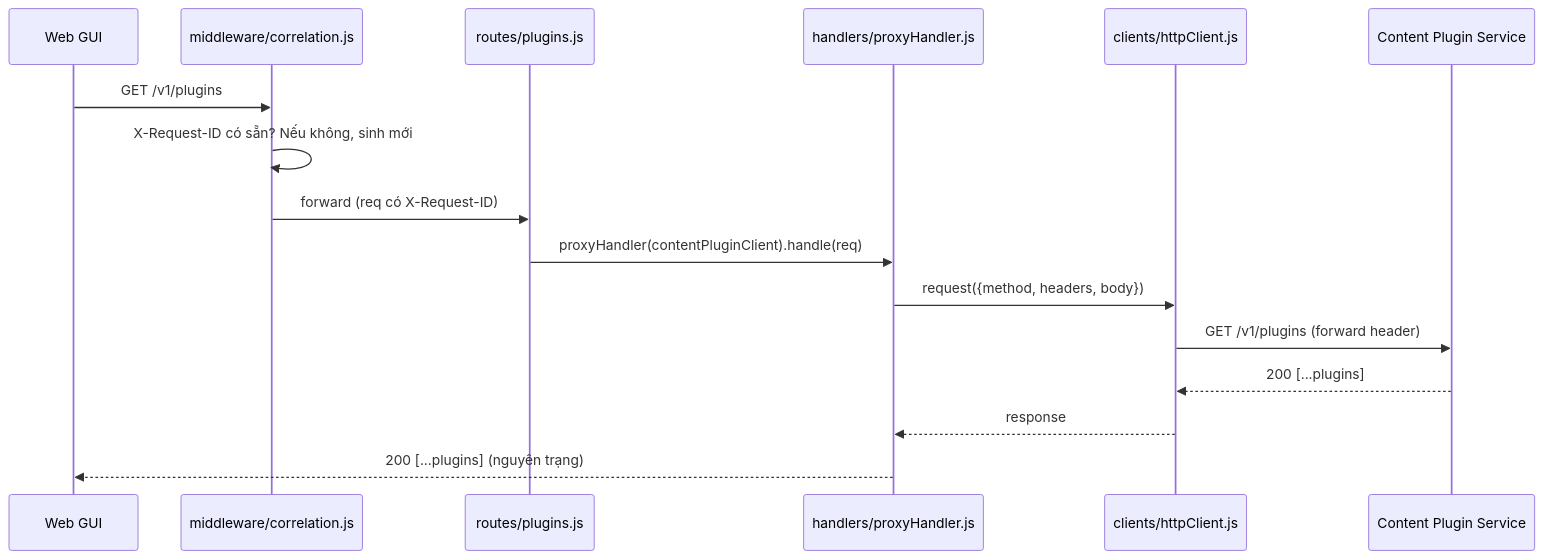
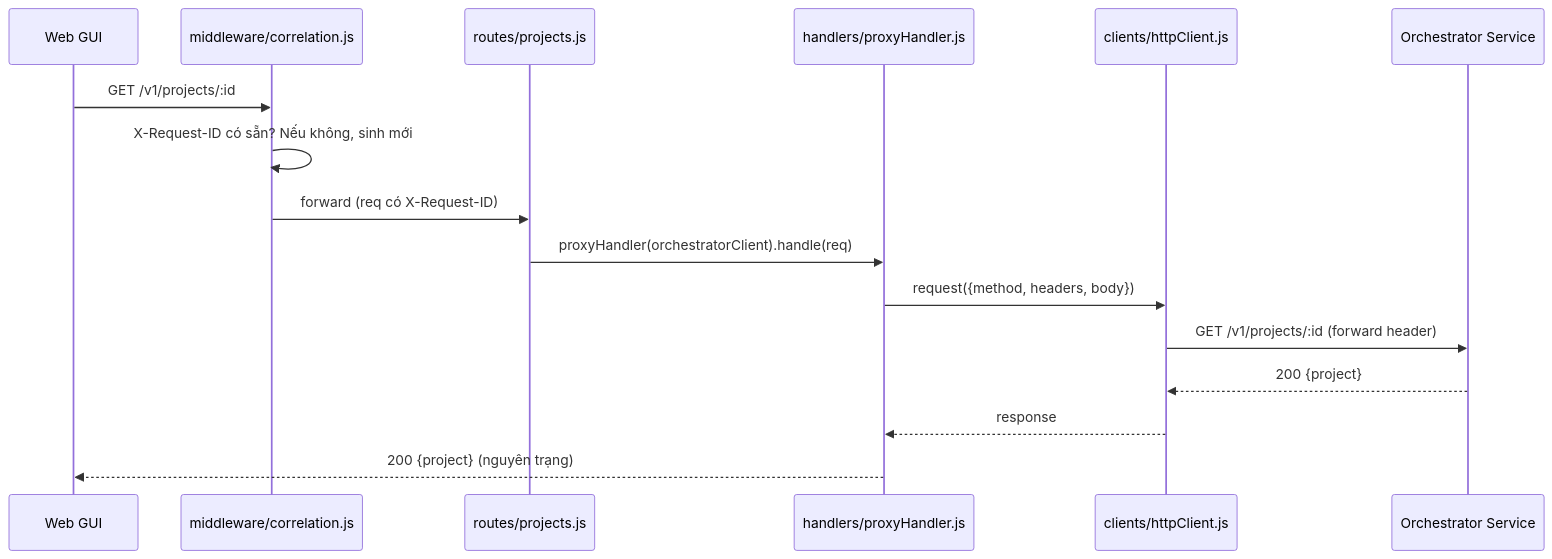
Before and after one commit to ngoc31031997/ConceptFlow: the first of 4 diagrams in aidlc-docs/construction/api-gateway/low-level-design/sequence-flows.md, drawn with Mermaid. The commit also changed other lines of this file and 90 other files, not shown here.

````diff
--- a/aidlc-docs/construction/api-gateway/low-level-design/sequence-flows.md
+++ b/aidlc-docs/construction/api-gateway/low-level-design/sequence-flows.md
@@ -5,19 +7,19 @@
 ```mermaid
 sequenceDiagram
     participant GUI as Web GUI
     participant MW as middleware/correlation.js
-    participant RT as routes/plugins.js
+    participant RT as routes/projects.js
     participant PH as handlers/proxyHandler.js
     participant CL as clients/httpClient.js
-    participant CP as Content Plugin Service
+    participant CP as Orchestrator Service
 
-    GUI->>MW: GET /v1/plugins
+    GUI->>MW: GET /v1/projects/:id
     MW->>MW: X-Request-ID có sẵn? Nếu không, sinh mới
     MW->>RT: forward (req có X-Request-ID)
-    RT->>PH: proxyHandler(contentPluginClient).handle(req)
+    RT->>PH: proxyHandler(orchestratorClient).handle(req)
     PH->>CL: request({method, headers, body})
-    CL->>CP: GET /v1/plugins (forward header)
-    CP-->>CL: 200 [...plugins]
+    CL->>CP: GET /v1/projects/:id (forward header)
+    CP-->>CL: 200 {project}
     CL-->>PH: response
-    PH-->>GUI: 200 [...plugins] (nguyên trạng)
+    PH-->>GUI: 200 {project} (nguyên trạng)
 ```
````
